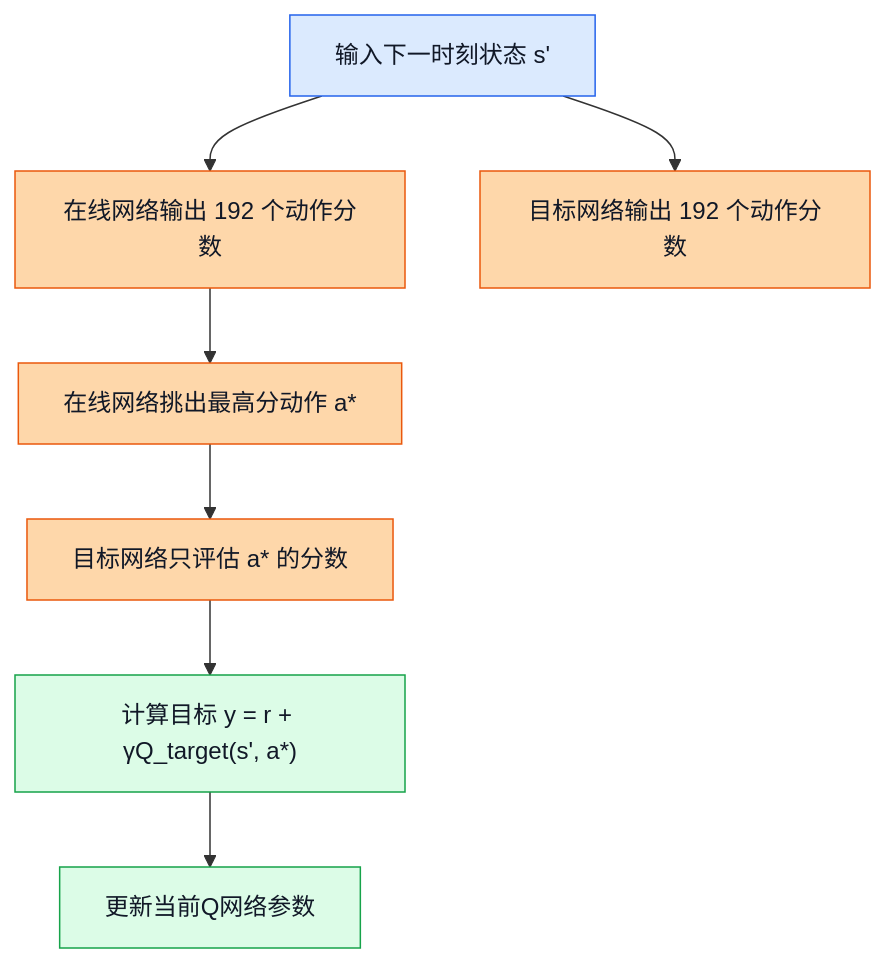
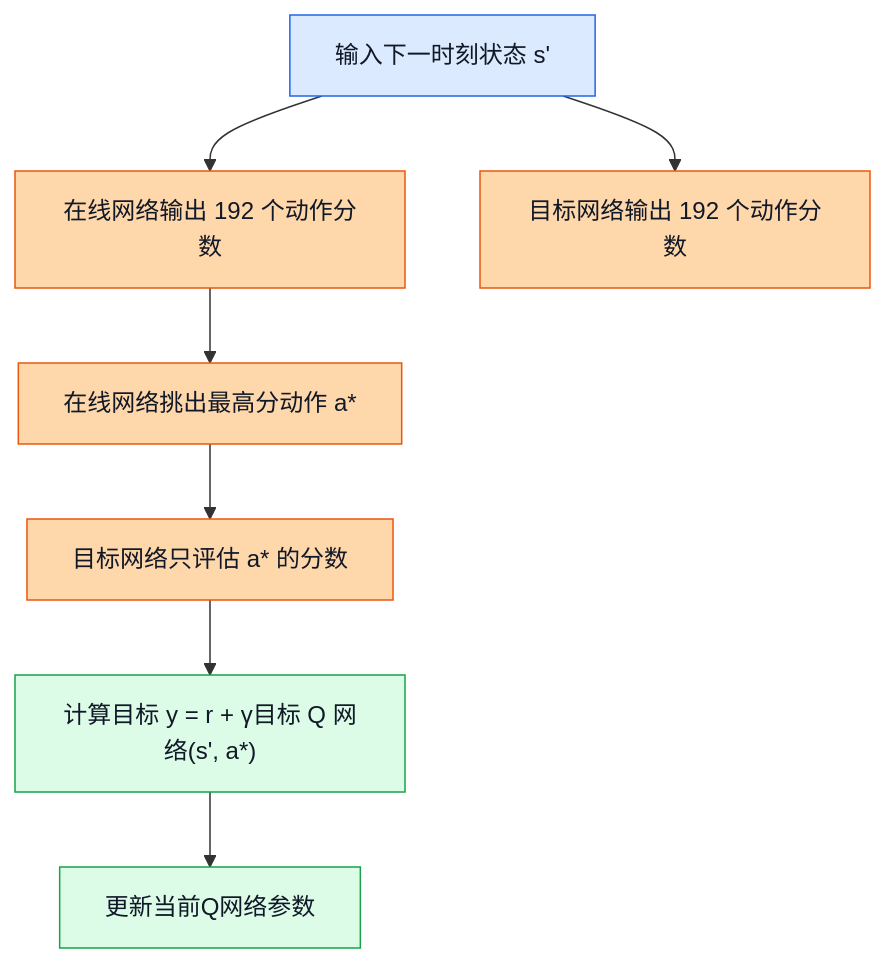
One commit to Mrphase/RL-Doc changed the second of 3 diagrams in learn/09_Double_Dueling_DQN.md. Above: the diagram before and after it, drawn with Mermaid. The commit also changed other lines of this file and 14 other files, not shown here.

First line of the commit message:
fix: clean mermaid labels in learn docs

````diff
--- a/learn/09_Double_Dueling_DQN.md
+++ b/learn/09_Double_Dueling_DQN.md
@@ -267,17 +267,17 @@
 ```mermaid
 flowchart TD
     S["输入下一时刻状态 s'"] --> O["在线网络输出 192 个动作分数"]
     S --> T["目标网络输出 192 个动作分数"]
     O --> G["在线网络挑出最高分动作 a*"]
     G --> E["目标网络只评估 a* 的分数"]
-    E --> Y["计算目标 y = r + γQ_target(s', a*)"]
+    E --> Y["计算目标 y = r + γ目标 Q 网络(s', a*)"]
     Y --> U["更新当前Q网络参数"]
 
     classDef input fill:#dbeafe,stroke:#2563eb,color:#111827;
     classDef process fill:#fed7aa,stroke:#ea580c,color:#111827;
     classDef output fill:#dcfce7,stroke:#16a34a,color:#111827;
 
     class S input;
     class O,T,G,E process;
     class Y,U output;
 ```
````
